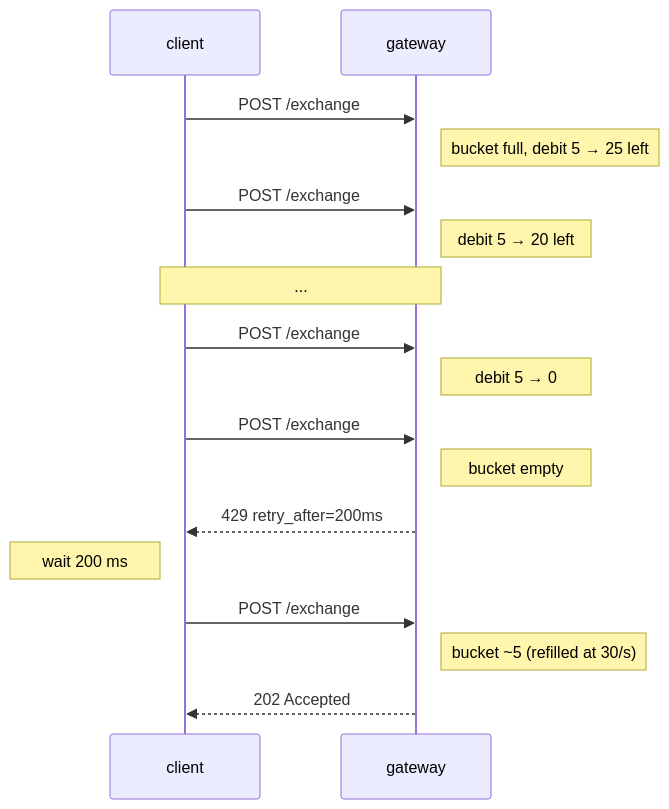
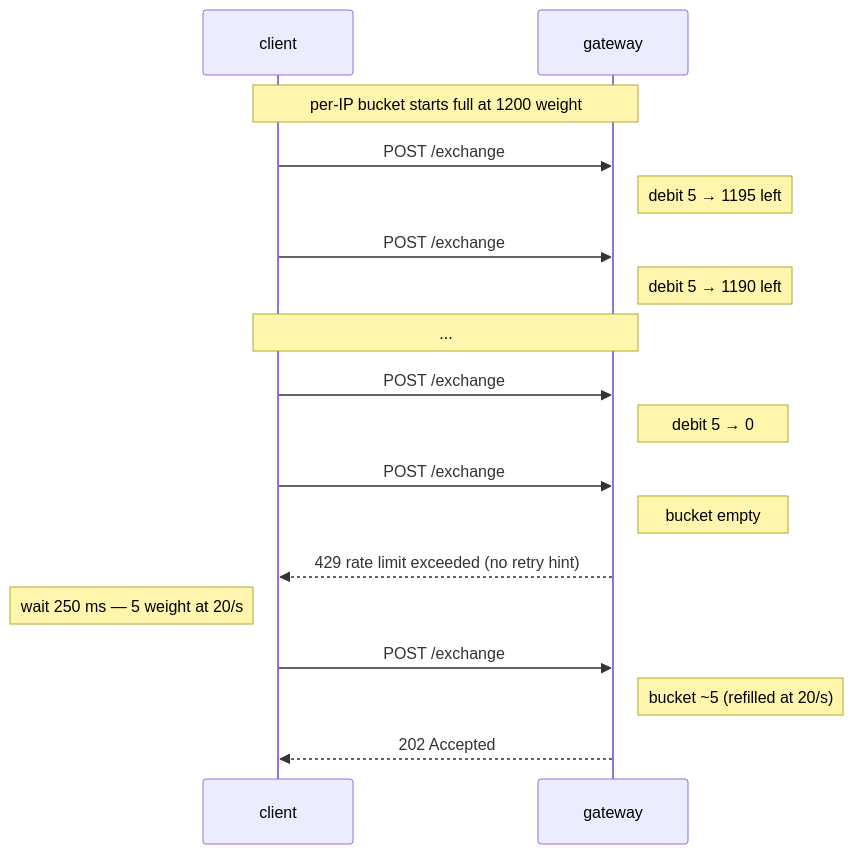
Before and after one commit to mtf-exchange/metaflux-knowledges: the second of 2 diagrams in docs/api/rate-limits.md, drawn with Mermaid. The commit also changed other lines of this file and 15 other files, not shown here.

````diff
--- a/docs/api/rate-limits.md
+++ b/docs/api/rate-limits.md
@@ -152,19 +179,20 @@
 ```mermaid
 sequenceDiagram
     participant client
     participant gateway
-    client->>gateway: POST /exchange #28
-    Note right of gateway: bucket full, debit 5 → 25 left
-    client->>gateway: POST /exchange #29
-    Note right of gateway: debit 5 → 20 left
+    Note over client,gateway: per-IP bucket starts full at 1200 weight
+    client->>gateway: POST /exchange #1
+    Note right of gateway: debit 5 → 1195 left
+    client->>gateway: POST /exchange #2
+    Note right of gateway: debit 5 → 1190 left
     Note over client,gateway: ...
-    client->>gateway: POST /exchange #41
+    client->>gateway: POST /exchange #240
     Note right of gateway: debit 5 → 0
-    client->>gateway: POST /exchange #42
+    client->>gateway: POST /exchange #241
     Note right of gateway: bucket empty
-    gateway-->>client: 429 retry_after=200ms
-    Note left of client: wait 200 ms
-    client->>gateway: POST /exchange #42'
-    Note right of gateway: bucket ~5 (refilled at 30/s)
+    gateway-->>client: 429 rate limit exceeded (no retry hint)
+    Note left of client: wait 250 ms — 5 weight at 20/s
+    client->>gateway: POST /exchange #241'
+    Note right of gateway: bucket ~5 (refilled at 20/s)
     gateway-->>client: 202 Accepted
 ```
````
